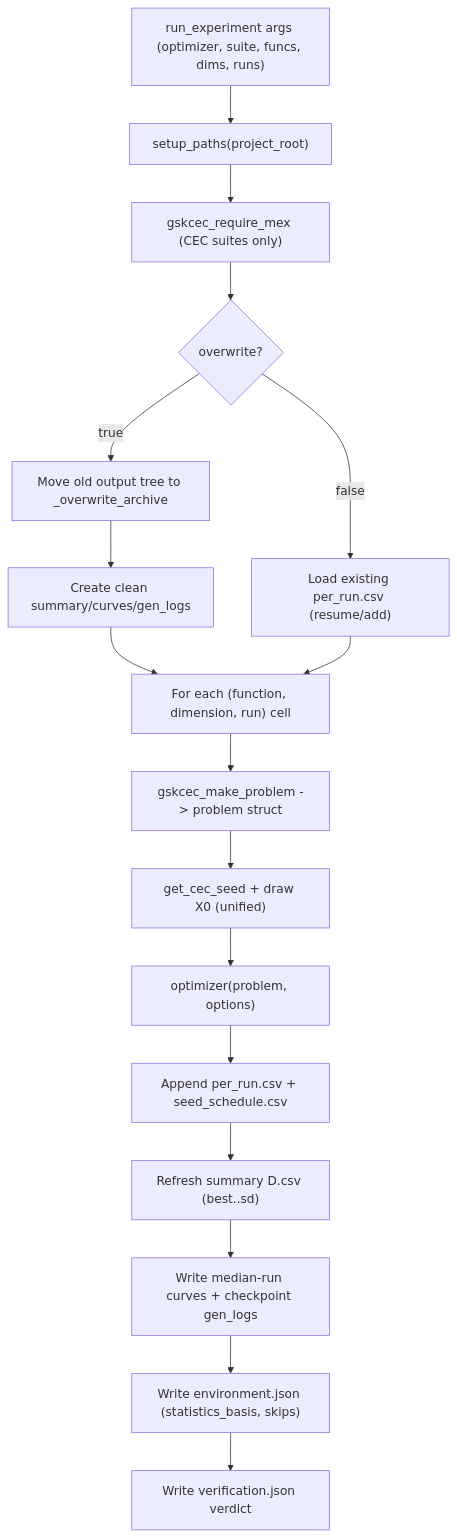
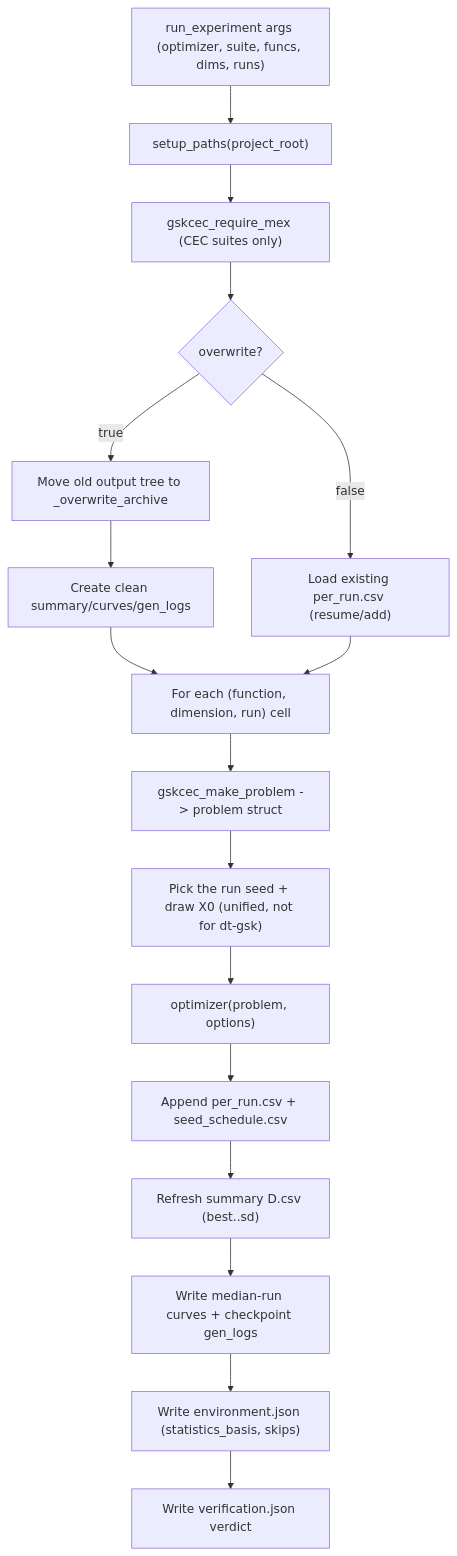
Before and after one commit to MostafaMassoud/GSK_Family_MATLAB: the fourth of 13 diagrams in gsk_family/docs/reference/diagrams.md, drawn with Mermaid. The commit also changed other lines of this file and 149 other files, not shown here.

````diff
--- a/gsk_family/docs/reference/diagrams.md
+++ b/gsk_family/docs/reference/diagrams.md
@@ -74,19 +80,19 @@
 ```mermaid
 flowchart TD
   args["run_experiment args (optimizer, suite, funcs, dims, runs)"] --> paths["setup_paths(project_root)"]
   paths --> gate["gskcec_require_mex (CEC suites only)"]
   gate --> ow{"overwrite?"}
   ow -- "true" --> clean["Move old output tree to _overwrite_archive"]
   ow -- "false" --> resume["Load existing per_run.csv (resume/add)"]
   clean --> fresh["Create clean summary/curves/gen_logs"]
   fresh --> cell
   resume --> cell["For each (function, dimension, run) cell"]
   cell --> mk["gskcec_make_problem -> problem struct"]
-  mk --> sd["get_cec_seed + draw X0 (unified)"]
+  mk --> sd["Pick the run seed + draw X0 (unified, not for dt-gsk)"]
   sd --> run["optimizer(problem, options)"]
   run --> pr["Append per_run.csv + seed_schedule.csv"]
   pr --> agg["Refresh summary D<dim>.csv (best..sd)"]
   agg --> cu["Write median-run curves + checkpoint gen_logs"]
   cu --> env["Write environment.json (statistics_basis, skips)"]
   env --> vj["Write verification.json verdict"]
 ```
````
